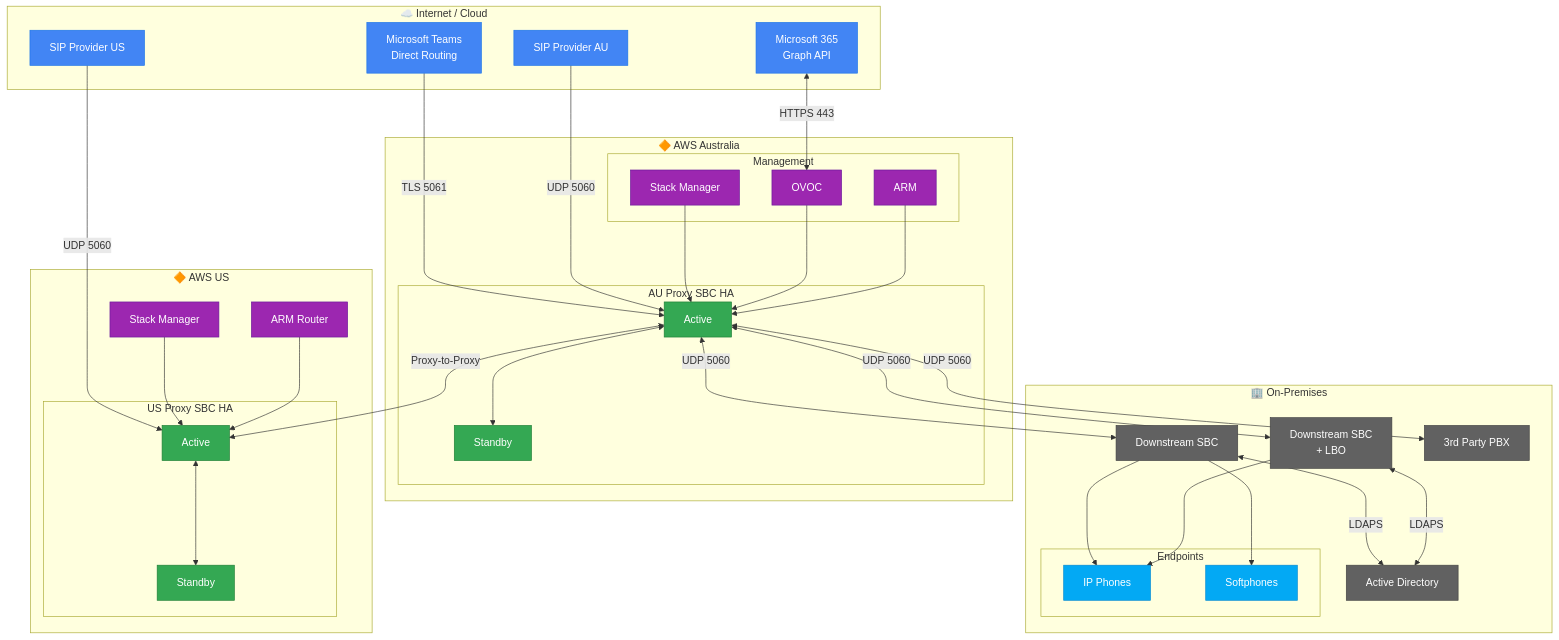
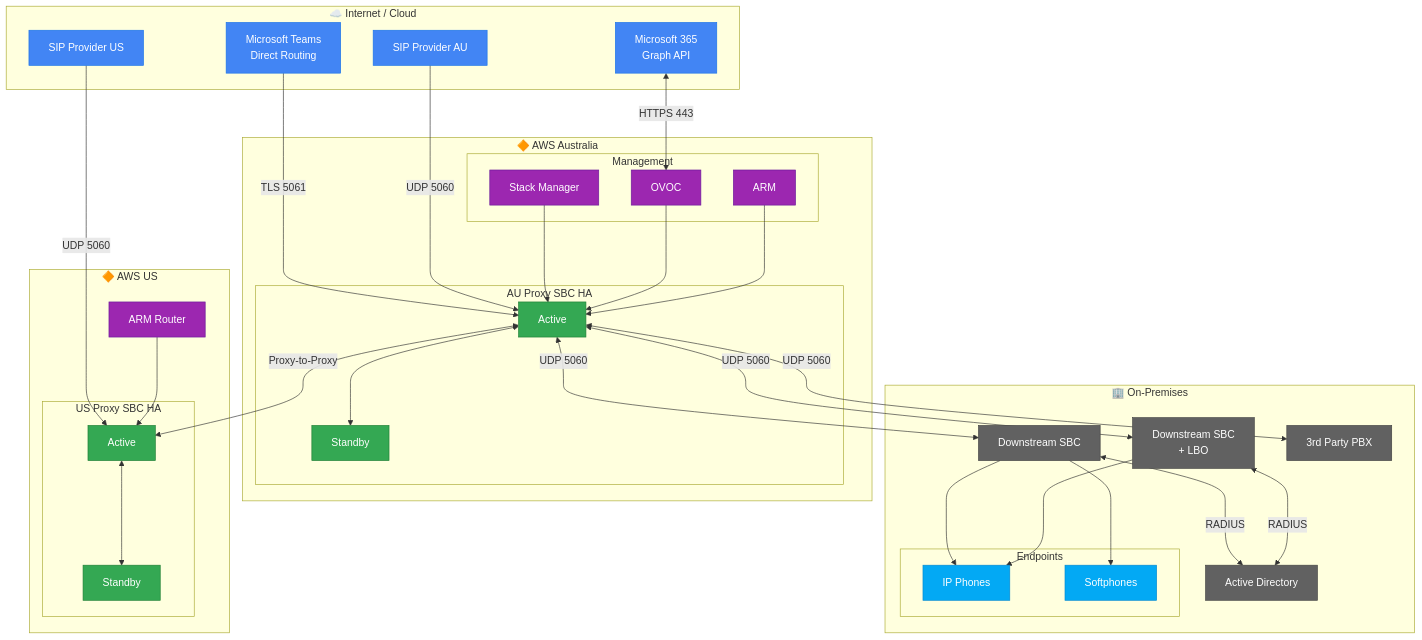
The diagram in diagrams/d8-7-simplified.mmd (kevinsing999/public), drawn with Mermaid before and after one commit. The commit also changed 6 other files, not shown here.

First line of the commit message:
Update to v2.5: network interface remapping and security architecture update

```diff
--- a/diagrams/d8-7-simplified.mmd
+++ b/diagrams/d8-7-simplified.mmd
@@ -1,93 +1,91 @@
 %%{init: {'theme': 'default'}}%%
 %% D.8.7 Complete Solution - Simplified Version
 %% AudioCodes SBC Architecture
 
 flowchart TB
     %% Internet Layer
     subgraph Cloud["☁️ Internet / Cloud"]
         Teams["Microsoft Teams<br/>Direct Routing"]
         M365["Microsoft 365<br/>Graph API"]
         SIPAU["SIP Provider AU"]
         SIPUS["SIP Provider US"]
     end
 
     %% Australia VPC
     subgraph AUVPC["🔶 AWS Australia"]
         subgraph AUProxy["AU Proxy SBC HA"]
             AUActive["Active"]
             AUStandby["Standby"]
         end
         subgraph AUMgmt["Management"]
             StackMgr["Stack Manager"]
             OVOC["OVOC"]
             ARM["ARM"]
         end
     end
 
     %% US VPC
     subgraph USVPC["🔶 AWS US"]
         subgraph USProxy["US Proxy SBC HA"]
             USActive["Active"]
             USStandby["Standby"]
         end
-        USStack["Stack Manager"]
         ARMUS["ARM Router"]
     end
 
     %% On-Premises
     subgraph OnPrem["🏢 On-Premises"]
         DSSBC["Downstream SBC"]
         DSLBO["Downstream SBC<br/>+ LBO"]
         PBX["3rd Party PBX"]
         AD["Active Directory"]
         subgraph EP["Endpoints"]
             Phones["IP Phones"]
             Soft["Softphones"]
         end
     end
 
     %% Cloud to AWS Connections
     Teams -->|"TLS 5061"| AUActive
     M365 <-->|"HTTPS 443"| OVOC
     SIPAU -->|"UDP 5060"| AUActive
     SIPUS -->|"UDP 5060"| USActive
 
     %% HA Connections
     AUActive <--> AUStandby
     USActive <--> USStandby
 
     %% Cross-Region
     AUActive <-->|"Proxy-to-Proxy"| USActive
 
     %% Management
     StackMgr --> AUActive
     OVOC --> AUActive
     ARM --> AUActive
-    USStack --> USActive
     ARMUS --> USActive
 
     %% AWS to On-Prem
     AUActive <-->|"UDP 5060"| DSSBC
     AUActive <-->|"UDP 5060"| DSLBO
     AUActive <-->|"UDP 5060"| PBX
 
     %% On-Prem Internal
-    DSSBC <-->|"LDAPS"| AD
-    DSLBO <-->|"LDAPS"| AD
+    DSSBC <-->|"RADIUS"| AD
+    DSLBO <-->|"RADIUS"| AD
     DSSBC --> Phones
     DSSBC --> Soft
     DSLBO --> Phones
 
     %% Styling
     classDef cloud fill:#4285f4,stroke:#1a73e8,color:#fff
     classDef aws fill:#ff9900,stroke:#cc7a00,color:#000
     classDef sbc fill:#34a853,stroke:#1e7e34,color:#fff
     classDef mgmt fill:#9c27b0,stroke:#6a1b9a,color:#fff
     classDef onprem fill:#616161,stroke:#424242,color:#fff
     classDef endpoint fill:#03a9f4,stroke:#0288d1,color:#fff
 
     class Teams,M365,SIPAU,SIPUS cloud
     class AUActive,AUStandby,USActive,USStandby sbc
-    class StackMgr,OVOC,ARM,USStack,ARMUS mgmt
+    class StackMgr,OVOC,ARM,ARMUS mgmt
     class DSSBC,DSLBO,PBX,AD onprem
     class Phones,Soft endpoint
```
